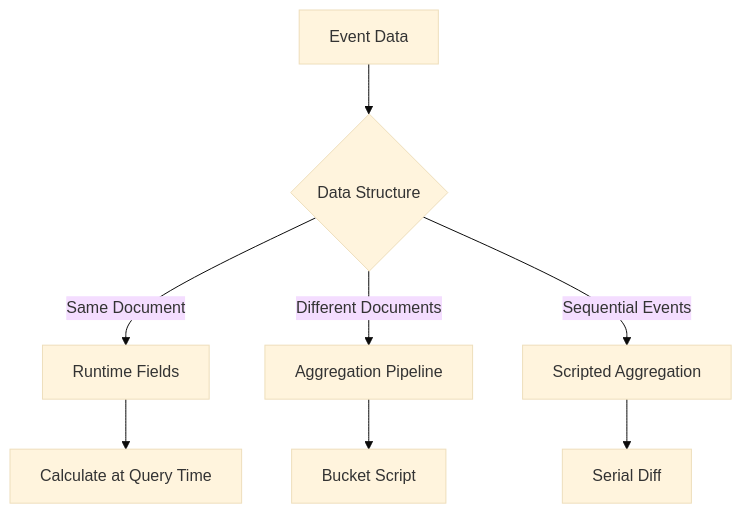
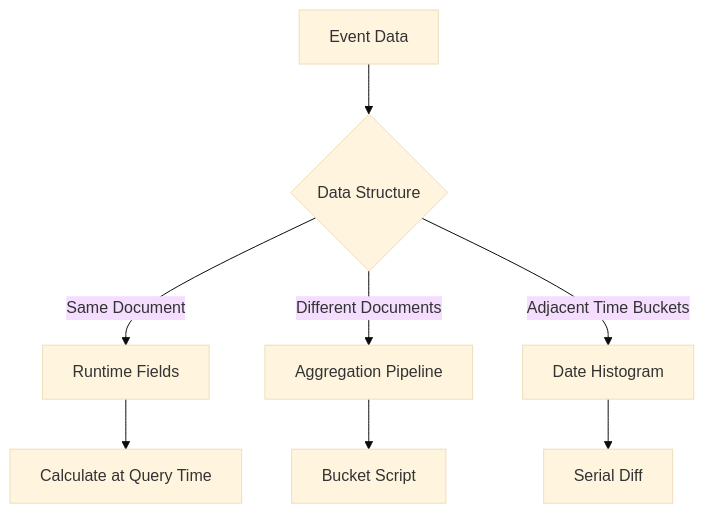
Before and after one commit to OneUptime/blog: the diagram in posts/2025-12-19-elasticsearch-time-between-events/README.md, drawn with Mermaid (base theme). The commit also changed other lines of this file and 2 other files, not shown here.

Commit message:
validate: 2025-12-19-elasticsearch-time-between-events

````diff
--- a/posts/2025-12-19-elasticsearch-time-between-events/README.md
+++ b/posts/2025-12-19-elasticsearch-time-between-events/README.md
@@ -23,11 +23,11 @@
 ```mermaid
 graph TD
     A[Event Data] --> B{Data Structure}
     B -->|Same Document| C[Runtime Fields]
     B -->|Different Documents| D[Aggregation Pipeline]
-    B -->|Sequential Events| E[Scripted Aggregation]
+    B -->|Adjacent Time Buckets| E[Date Histogram]
 
     C --> F[Calculate at Query Time]
     D --> G[Bucket Script]
     E --> H[Serial Diff]
 ```
````
